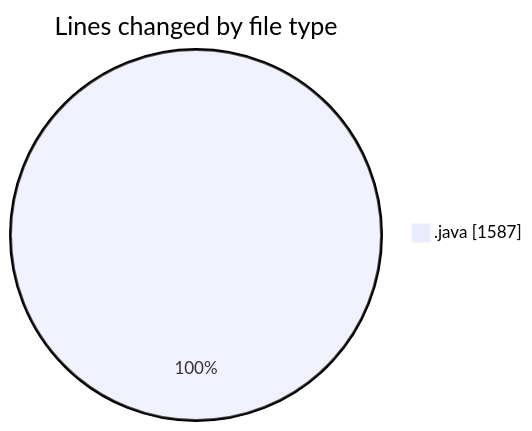
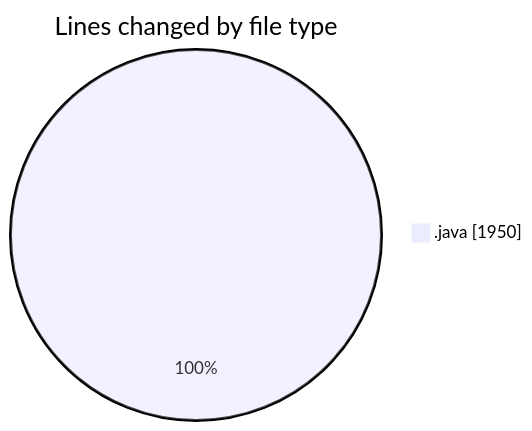
Before and after one commit to charlie-sans/code-tracking: the first of 2 diagrams in 2025-02-20/masm/README.md, drawn with Mermaid. The commit also changed other lines of this file and 1 other file, not shown here.

````diff
--- a/2025-02-20/masm/README.md
+++ b/2025-02-20/masm/README.md
@@ -21,5 +22,5 @@
 ```mermaid
 pie showData
 title Lines changed by file type
-".java" : 1587
+".java" : 1950
 ```
````
